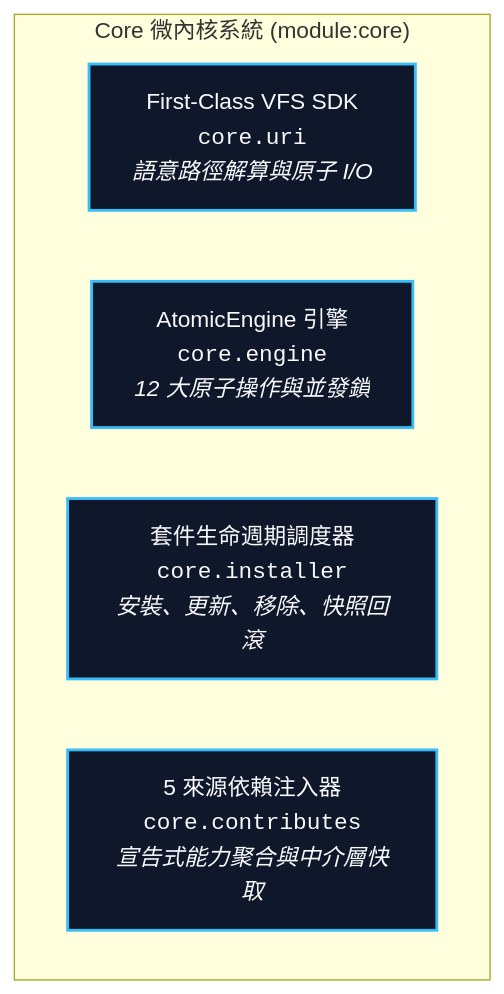
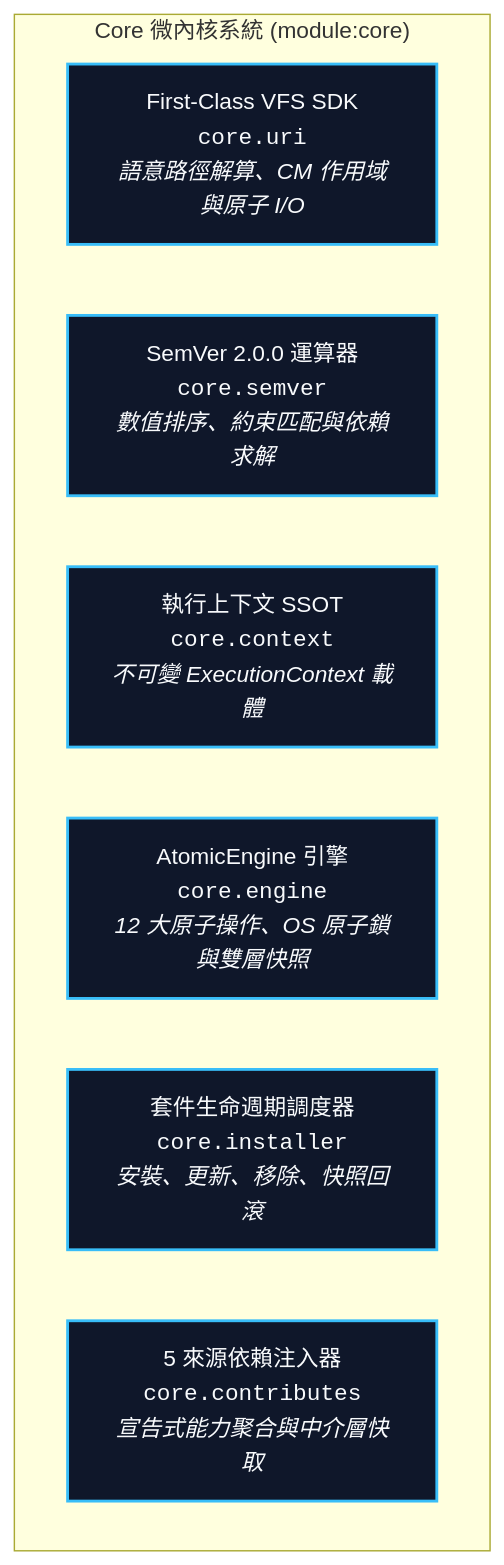
One commit to ysnaive/ys-codebase changed the diagram in docs/core/README.md. Above: the diagram before and after it, drawn with Mermaid. The commit also changed other lines of this file and 33 other files, not shown here.

Commit message:
feat(core,installer): implement complete semver, dependency constraints, migration runner, and self-update

````diff
--- a/docs/core/README.md
+++ b/docs/core/README.md
@@ -13,11 +13,13 @@
 ```mermaid
 graph TD
     classDef sub fill:#0f172a,stroke:#38bdf8,stroke-width:2px,color:#f8fafc;
     
     subgraph CoreModule ["Core 微內核系統 (module:core)"]
-        VFS["First-Class VFS SDK<br/><code>core.uri</code><br/><i>語意路徑解算與原子 I/O</i>"]:::sub
-        Engine["AtomicEngine 引擎<br/><code>core.engine</code><br/><i>12 大原子操作與並發鎖</i>"]:::sub
+        VFS["First-Class VFS SDK<br/><code>core.uri</code><br/><i>語意路徑解算、CM 作用域與原子 I/O</i>"]:::sub
+        SemVer["SemVer 2.0.0 運算器<br/><code>core.semver</code><br/><i>數值排序、約束匹配與依賴求解</i>"]:::sub
+        Context["執行上下文 SSOT<br/><code>core.context</code><br/><i>不可變 ExecutionContext 載體</i>"]:::sub
+        Engine["AtomicEngine 引擎<br/><code>core.engine</code><br/><i>12 大原子操作、OS 原子鎖與雙層快照</i>"]:::sub
         Installer["套件生命週期調度器<br/><code>core.installer</code><br/><i>安裝、更新、移除、快照回滾</i>"]:::sub
         Contributes["5 來源依賴注入器<br/><code>core.contributes</code><br/><i>宣告式能力聚合與中介層快取</i>"]:::sub
     end
 ```
````
